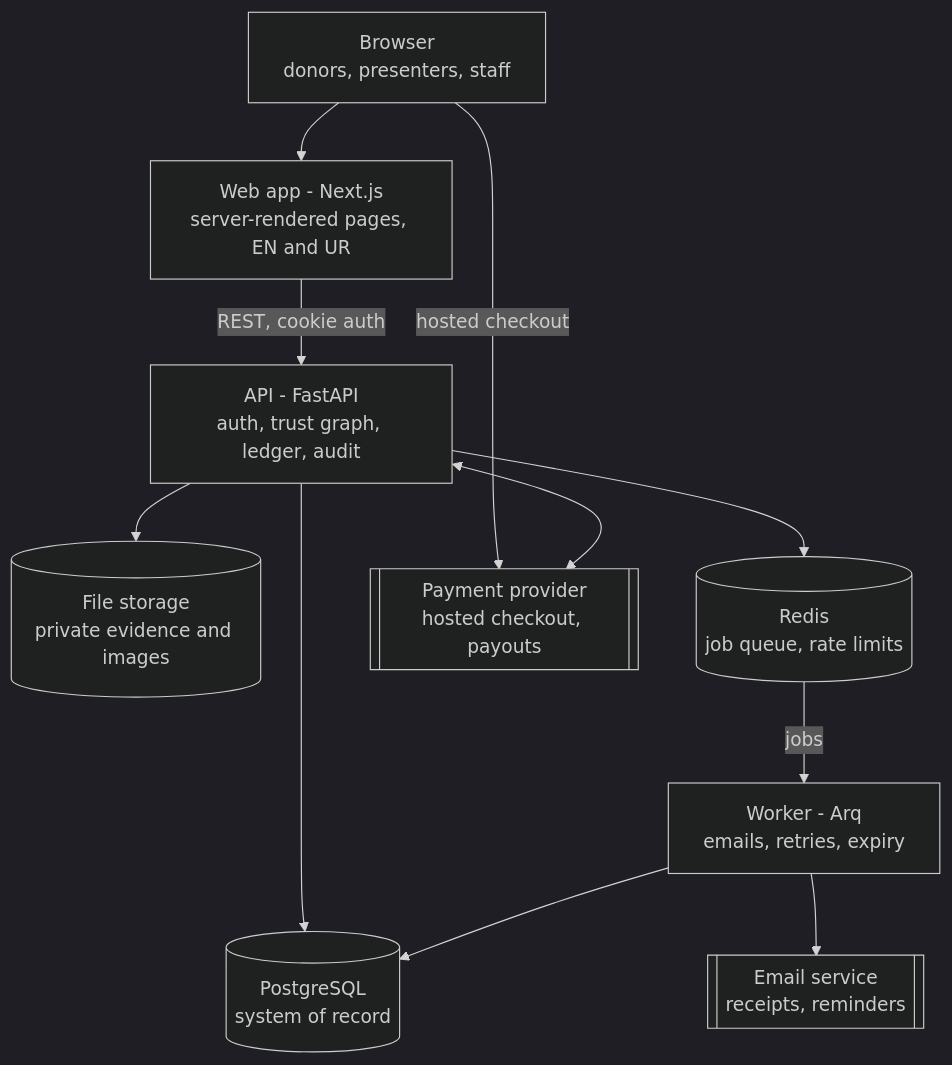
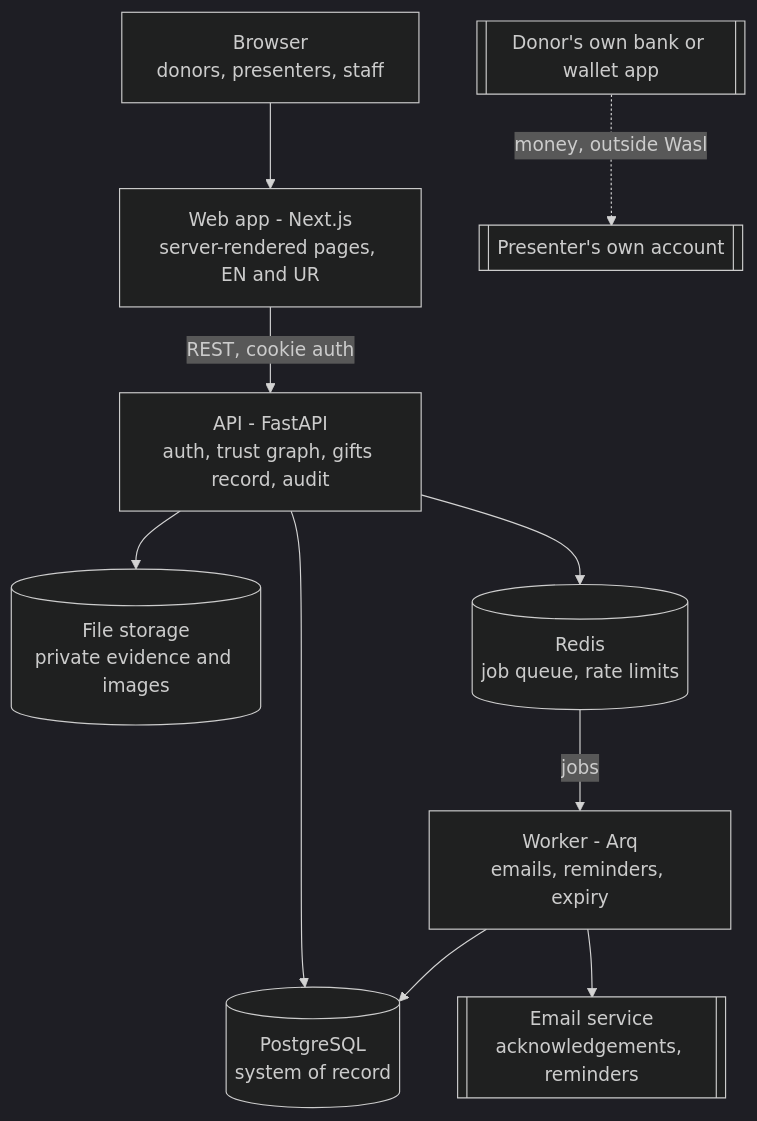
Before and after one commit to veonim/Wasl: the diagram in docs/architecture/01-system.md, drawn with Mermaid (dark theme). The commit also changed other lines of this file and 28 other files, not shown here.

First line of the commit message:
docs: core design, no money flows through Wasl

````diff
--- a/docs/architecture/01-system.md
+++ b/docs/architecture/01-system.md
@@ -5,23 +5,23 @@
 ```mermaid
 flowchart TD
     Browser[Browser<br/>donors, presenters, staff]
     Web[Web app - Next.js<br/>server-rendered pages, EN and UR]
-    API[API - FastAPI<br/>auth, trust graph, ledger, audit]
-    Worker[Worker - Arq<br/>emails, retries, expiry]
+    API[API - FastAPI<br/>auth, trust graph, gifts record, audit]
+    Worker[Worker - Arq<br/>emails, reminders, expiry]
     PG[(PostgreSQL<br/>system of record)]
     Files[(File storage<br/>private evidence and images)]
     Redis[(Redis<br/>job queue, rate limits)]
-    Pay[[Payment provider<br/>hosted checkout, payouts]]
-    Email[[Email service<br/>receipts, reminders]]
+    Email[[Email service<br/>acknowledgements, reminders]]
+    Bank[[Donor's own bank or wallet app]]
+    Presenter[[Presenter's own account]]
 
     Browser --> Web
-    Browser -->|hosted checkout| Pay
     Web -->|REST, cookie auth| API
-    API <--> Pay
     API --> PG
     API --> Files
     API --> Redis
     Redis -->|jobs| Worker
     Worker --> PG
     Worker --> Email
+    Bank -.->|money, outside Wasl| Presenter
 ```
````
